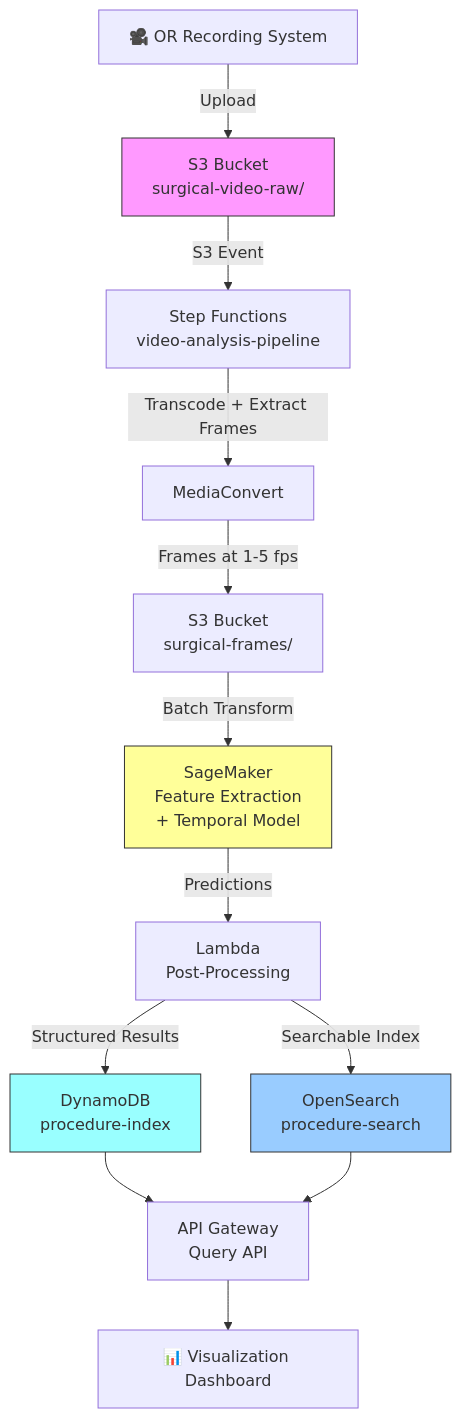
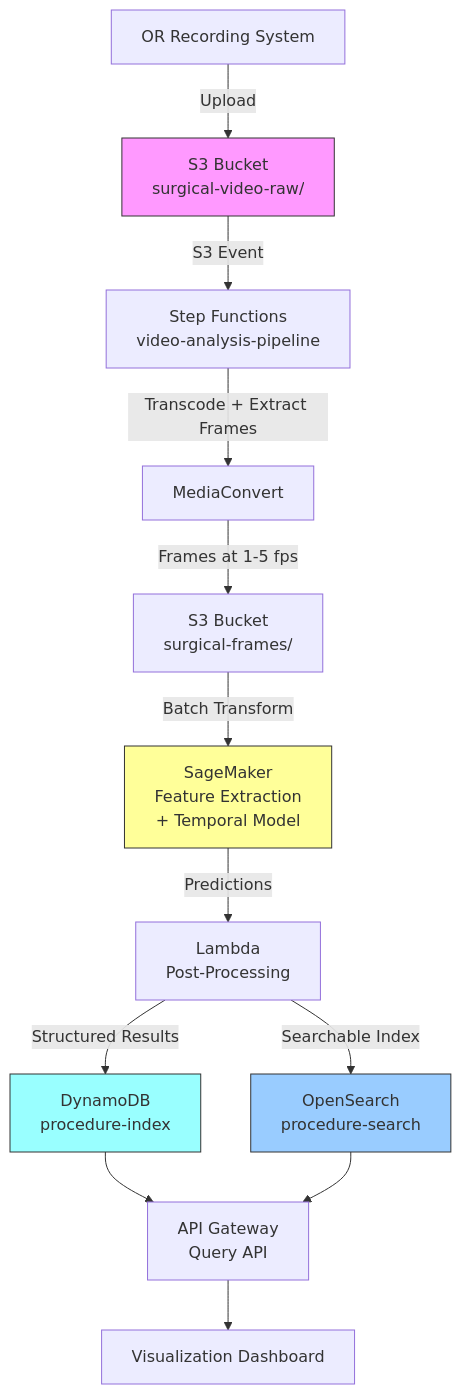
Before and after one commit to ccrngd1/HCLS-ai-book: the diagram in chapter09.09-architecture.md, drawn with Mermaid. The commit also changed other lines of this file and 515 other files, not shown here.

````diff
--- a/chapter09.09-architecture.md
+++ b/chapter09.09-architecture.md
@@ -39,19 +39,19 @@
 ```mermaid
 flowchart TD
-    A[🎥 OR Recording System] -->|Upload| B[S3 Bucket\nsurgical-video-raw/]
-    B -->|S3 Event| C[Step Functions\nvideo-analysis-pipeline]
-    C -->|Transcode + Extract Frames| D[MediaConvert]
-    D -->|Frames at 1-5 fps| E[S3 Bucket\nsurgical-frames/]
-    E -->|Batch Transform| F[SageMaker\nFeature Extraction\n+ Temporal Model]
-    F -->|Predictions| G[Lambda\nPost-Processing]
-    G -->|Structured Results| H[DynamoDB\nprocedure-index]
-    G -->|Searchable Index| I[OpenSearch\nprocedure-search]
-    H --> J[API Gateway\nQuery API]
-    I --> J
-    J --> K[📊 Visualization Dashboard]
+ A[OR Recording System] -->|Upload| B[S3 Bucket\nsurgical-video-raw/]
+ B -->|S3 Event| C[Step Functions\nvideo-analysis-pipeline]
+ C -->|Transcode + Extract Frames| D[MediaConvert]
+ D -->|Frames at 1-5 fps| E[S3 Bucket\nsurgical-frames/]
+ E -->|Batch Transform| F[SageMaker\nFeature Extraction\n+ Temporal Model]
+ F -->|Predictions| G[Lambda\nPost-Processing]
+ G -->|Structured Results| H[DynamoDB\nprocedure-index]
+ G -->|Searchable Index| I[OpenSearch\nprocedure-search]
+ H --> J[API Gateway\nQuery API]
+ I --> J
+ J --> K[Visualization Dashboard]
 
-    style B fill:#f9f,stroke:#333
-    style F fill:#ff9,stroke:#333
-    style H fill:#9ff,stroke:#333
-    style I fill:#9cf,stroke:#333
+ style B fill:#f9f,stroke:#333
+ style F fill:#ff9,stroke:#333
+ style H fill:#9ff,stroke:#333
+ style I fill:#9cf,stroke:#333
 ```
````
